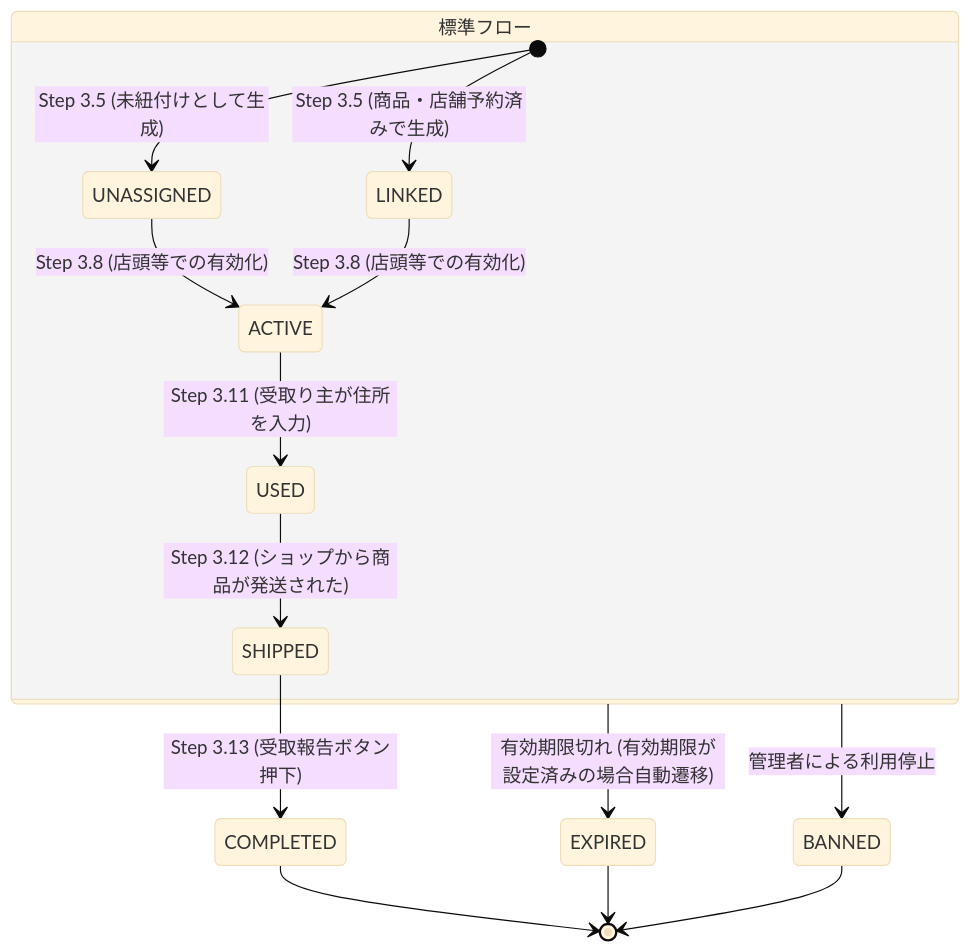
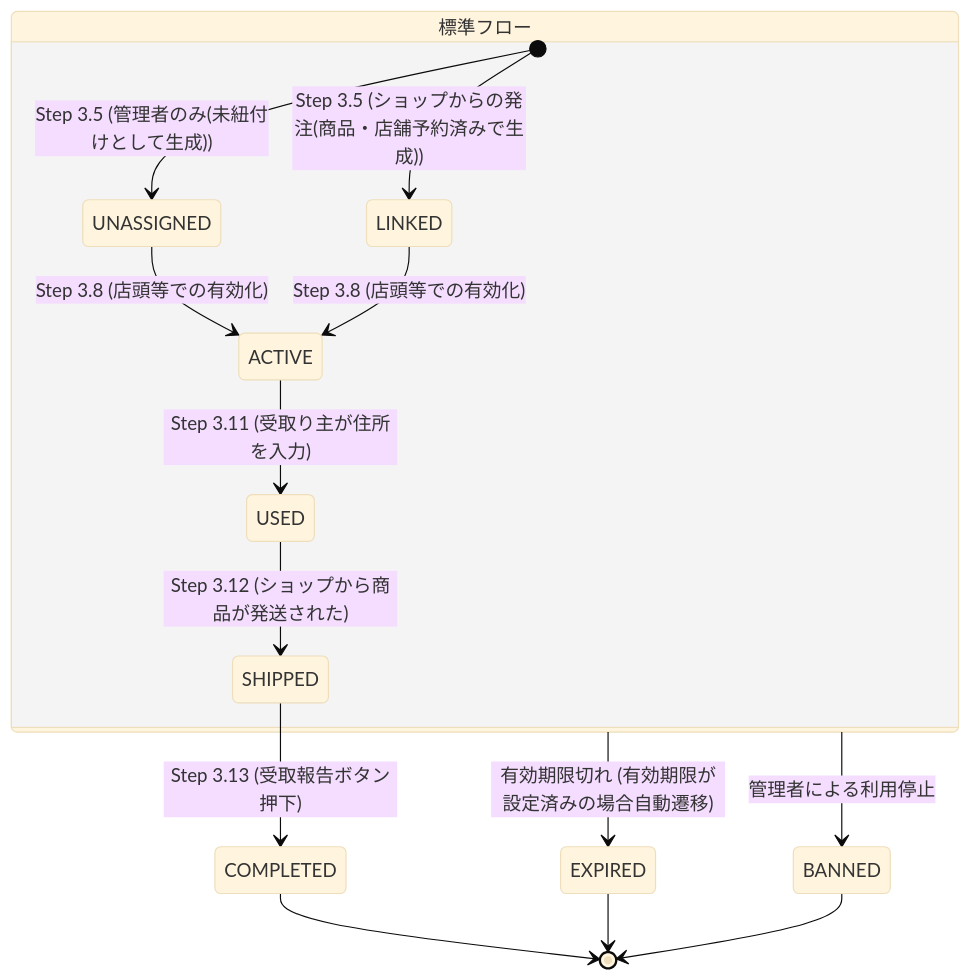
The fifth of 7 diagrams in documents/ATFIRST_OPERATION_FLOW.md (yudaiito9124-cyber/meishigawarini), drawn with Mermaid (base theme) before and after one commit. The commit also changed other lines of this file and 163 other files, not shown here.

````diff
--- a/documents/ATFIRST_OPERATION_FLOW.md
+++ b/documents/ATFIRST_OPERATION_FLOW.md
@@ -185,25 +205,25 @@
 ```mermaid
 stateDiagram-v2
     %% 運用中の状態を一括管理
     state "標準フロー" as InProgress {
-        [*] --> UNASSIGNED: Step 3.5 (未紐付けとして生成)
-        [*] --> LINKED: Step 3.5 (商品・店舗予約済みで生成)
+        [*] --> UNASSIGNED: Step 3.5 (管理者のみ(未紐付けとして生成))
+        [*] --> LINKED: Step 3.5 (ショップからの発注(商品・店舗予約済みで生成))
         
         UNASSIGNED --> ACTIVE: Step 3.8 (店頭等での有効化)
         LINKED --> ACTIVE: Step 3.8 (店頭等での有効化)
         
         ACTIVE --> USED: Step 3.11 (受取り主が住所を入力)
         USED --> SHIPPED: Step 3.12 (ショップから商品が発送された)
     }
 
     %% 正常終了
     SHIPPED --> COMPLETED: Step 3.13 (受取報告ボタン押下)
     COMPLETED --> [*]
 
     %% 例外・強制終了（各状態から一斉に遷移しうるためグルーピングで一本化）
     InProgress --> EXPIRED: 有効期限切れ (有効期限が設定済みの場合自動遷移)
     InProgress --> BANNED: 管理者による利用停止
     
     EXPIRED --> [*]
     BANNED --> [*]
 ```
````
